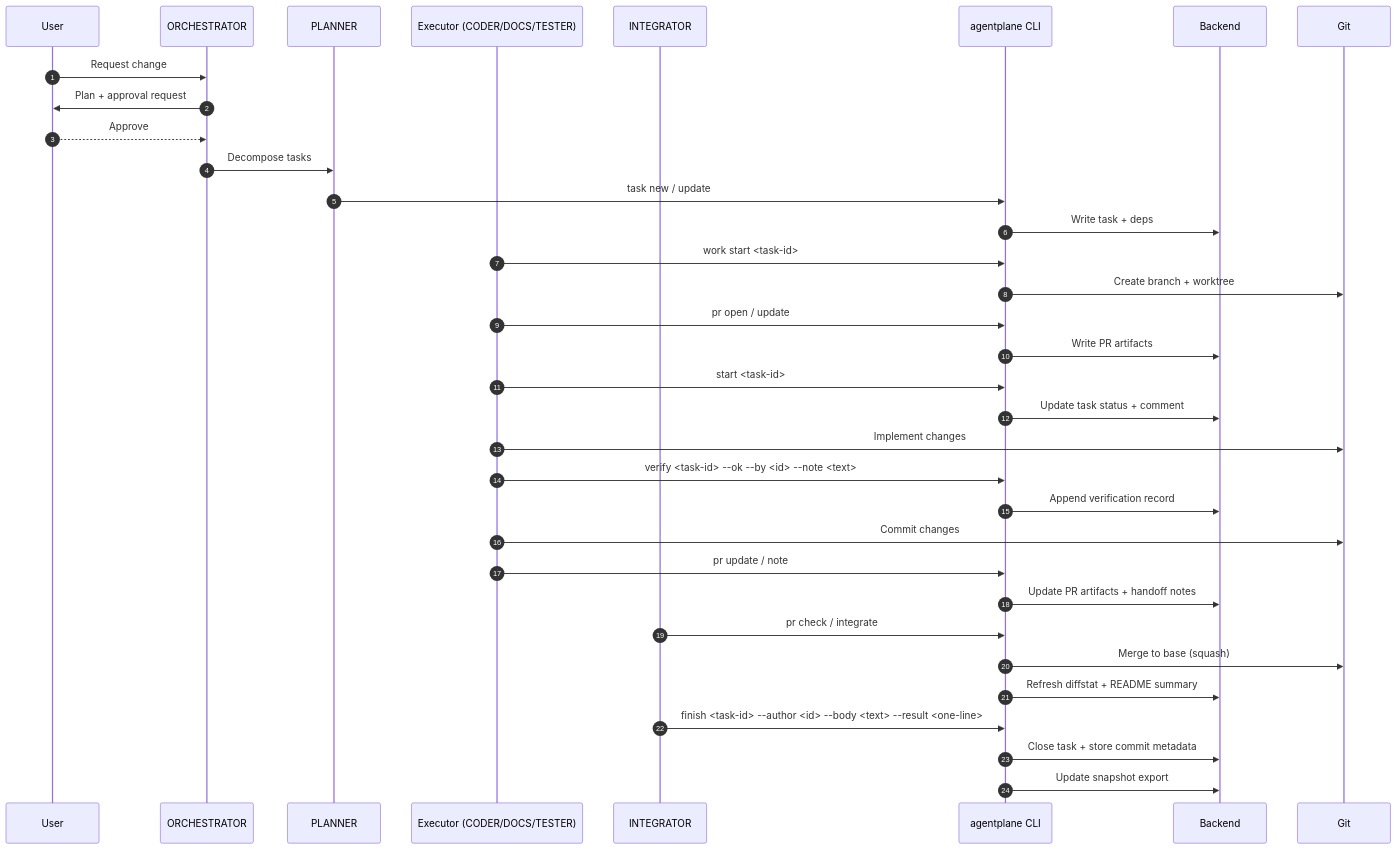
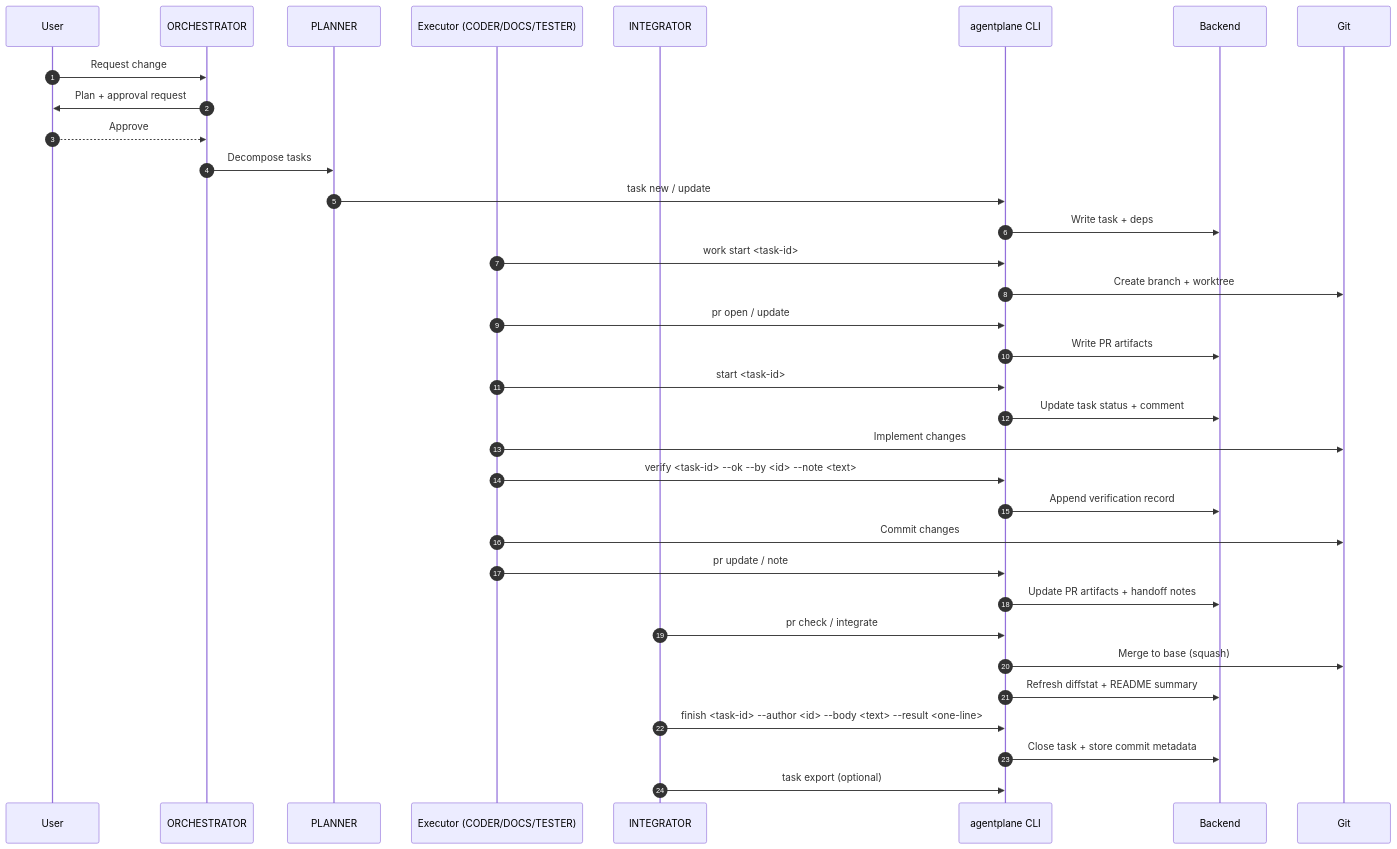
The third of 3 diagrams in docs/user/task-lifecycle.mdx (basilisk-labs/agentplane), drawn with Mermaid before and after one commit. The commit also changed other lines of this file and 4 other files, not shown here.

````diff
--- a/docs/user/task-lifecycle.mdx
+++ b/docs/user/task-lifecycle.mdx
@@ -95,37 +95,37 @@
 ```mermaid
 sequenceDiagram
   autonumber
   participant U as User
   participant O as ORCHESTRATOR
   participant P as PLANNER
   participant E as Executor (CODER/DOCS/TESTER)
   participant I as INTEGRATOR
   participant CLI as agentplane CLI
   participant B as Backend
   participant G as Git
 
   U->>O: Request change
   O->>U: Plan + approval request
   U-->>O: Approve
   O->>P: Decompose tasks
   P->>CLI: task new / update
   CLI->>B: Write task + deps
   E->>CLI: work start <task-id>
   CLI->>G: Create branch + worktree
   E->>CLI: pr open / update
   CLI->>B: Write PR artifacts
   E->>CLI: start <task-id>
   CLI->>B: Update task status + comment
   E->>G: Implement changes
   E->>CLI: verify <task-id> --ok --by <id> --note <text>
   CLI->>B: Append verification record
   E->>G: Commit changes
   E->>CLI: pr update / note
   CLI->>B: Update PR artifacts + handoff notes
   I->>CLI: pr check / integrate
   CLI->>G: Merge to base (squash)
   CLI->>B: Refresh diffstat + README summary
   I->>CLI: finish <task-id> --author <id> --body <text> --result <one-line>
   CLI->>B: Close task + store commit metadata
-  CLI->>B: Update snapshot export
+  I->>CLI: task export (optional)
 ```
````
